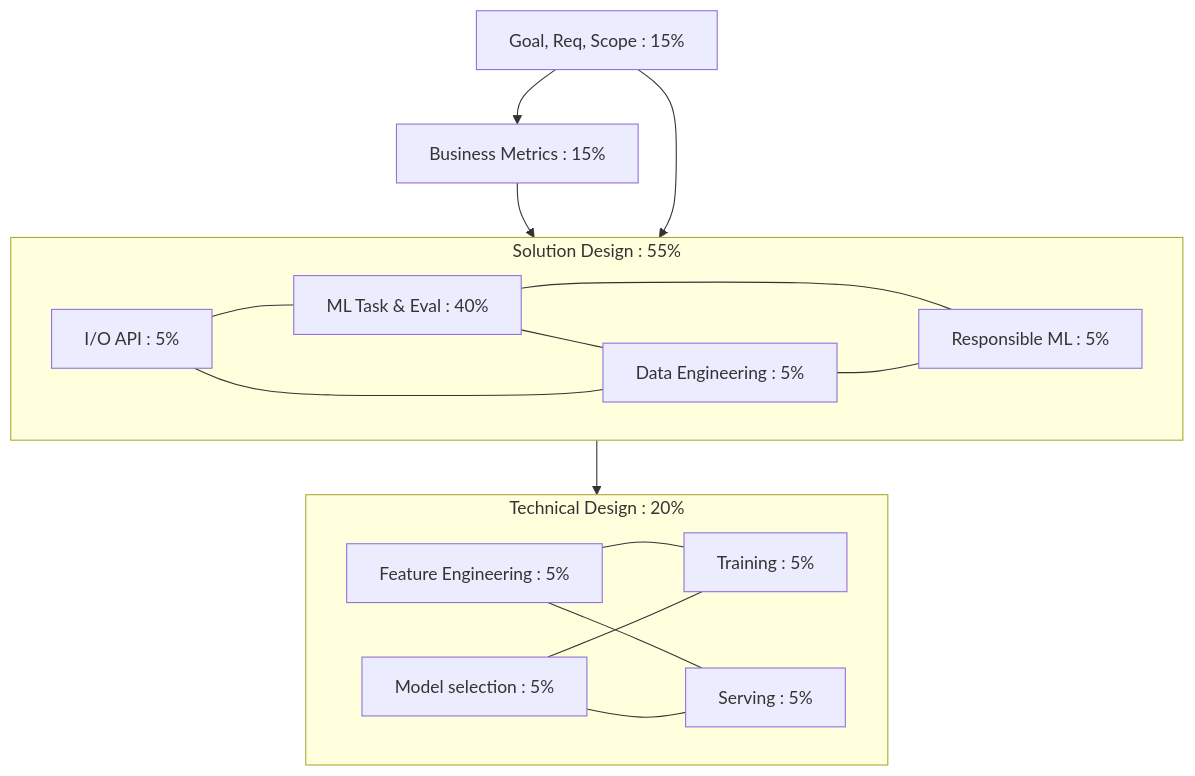
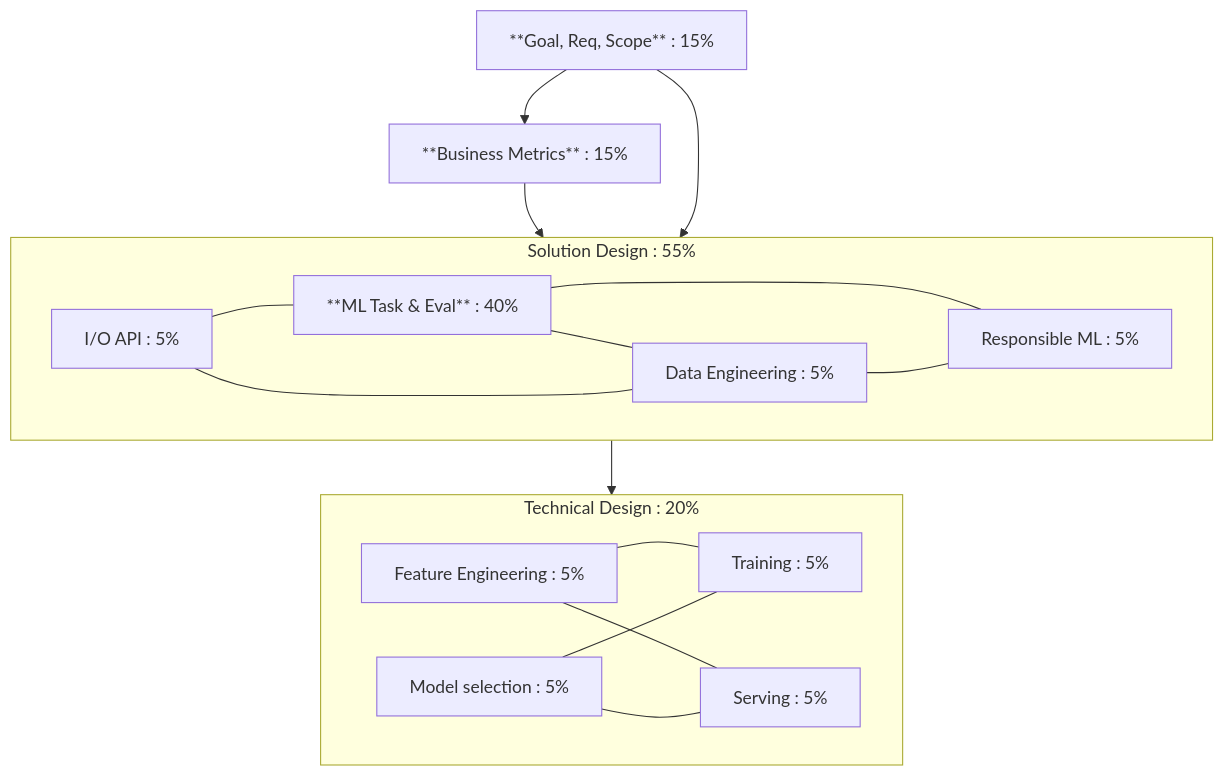
One commit to ptbdnr/ptbdnr changed the diagram in ml_sys_design.md. Above: the diagram before and after it, drawn with Mermaid.

````diff
--- a/ml_sys_design.md
+++ b/ml_sys_design.md
@@ -14,30 +14,30 @@
 ```mermaid
 flowchart TD
-    discover[Goal, Req, Scope : 15%]
-    b_metrics[Business Metrics : 15%]
+    discover[**Goal, Req, Scope** : 15%]
+    b_metrics[**Business Metrics** : 15%]
     subgraph sol_des[Solution Design : 55%]
         api[I/O API : 5%]
-        ml_task[ML Task & Eval : 40%]
+        ml_task[**ML Task & Eval** : 40%]
         data[Data Engineering : 5%]
         sec_by_des[Responsible ML : 5%]
     end
     subgraph tech_des[Technical Design : 20%]
         feat_eng[Feature Engineering : 5%]
         model[Model selection : 5%]
         train[Training : 5%]
         serve[Serving : 5%]
     end
 
     discover --> b_metrics
     b_metrics & discover --> sol_des
         ml_task --- data
         api --- ml_task
         api --- data
         ml_task --- sec_by_des
         data --- sec_by_des
     sol_des --> tech_des
         feat_eng --- train
         feat_eng --- serve
         model --- train
         model --- serve
 ```
````
